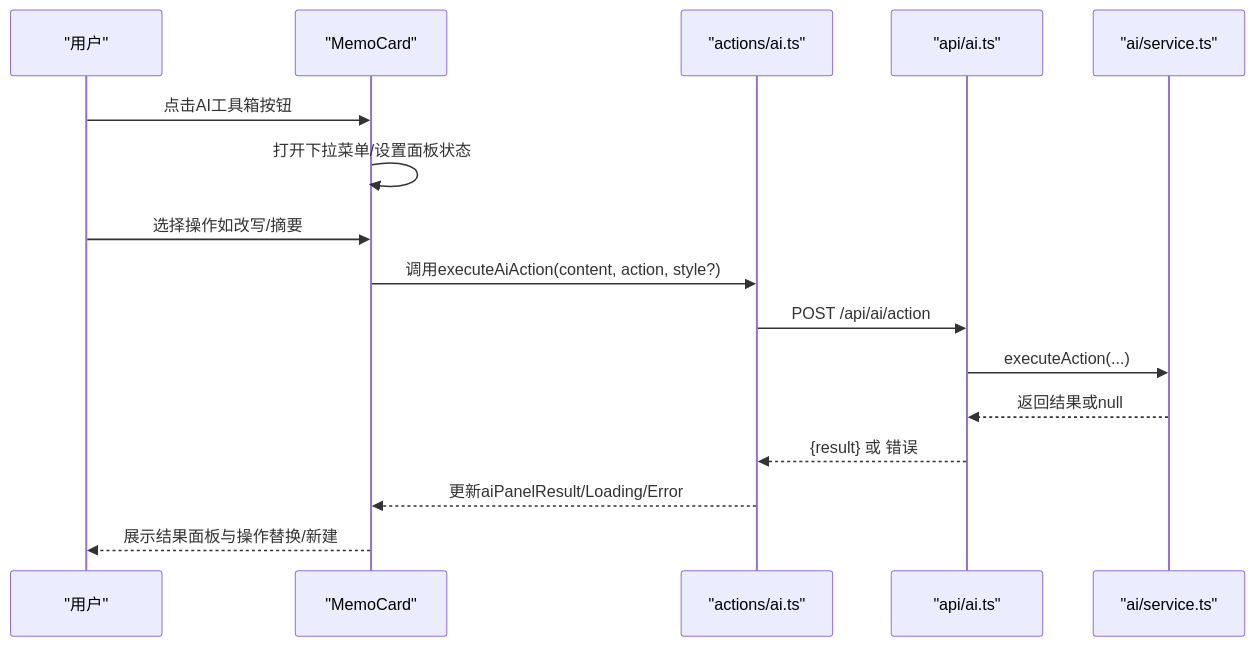
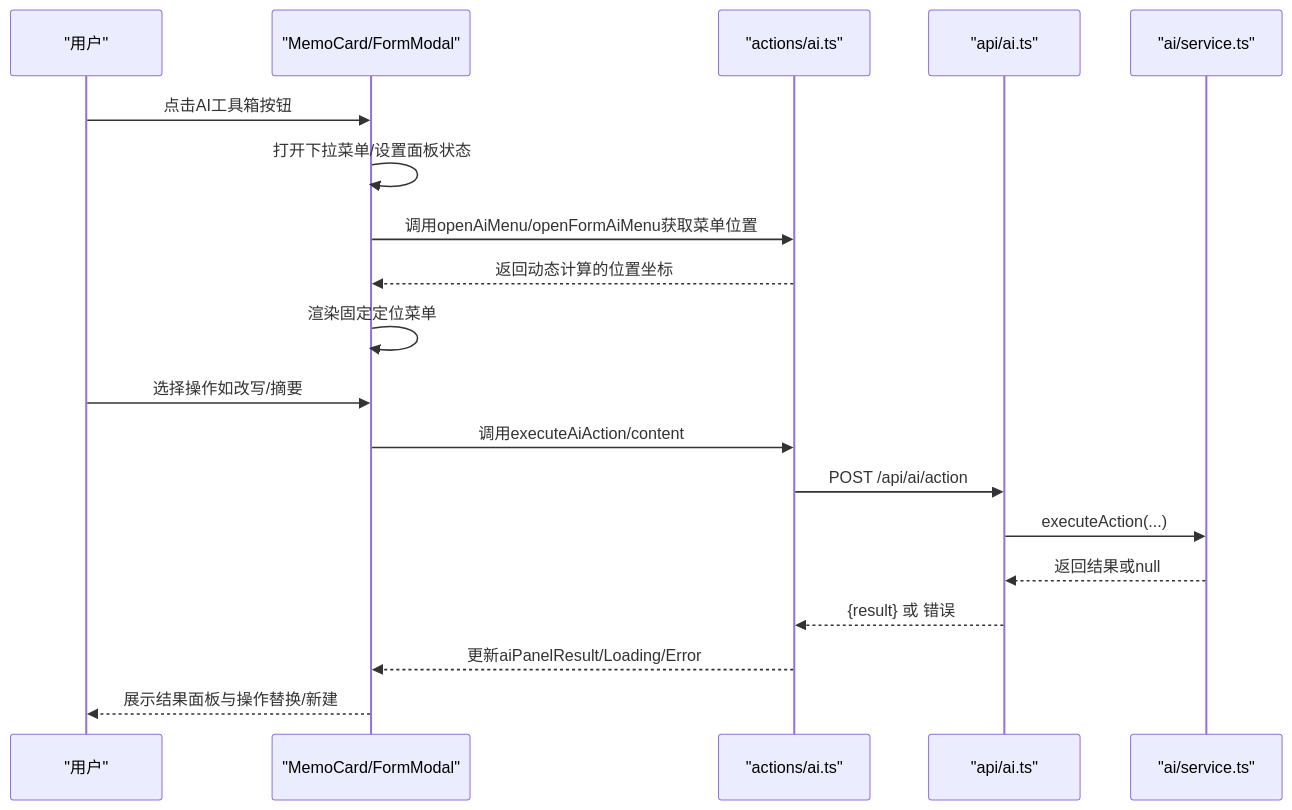
The second of 9 diagrams in .qoder/repowiki/zh/content/前端应用/Admin管理界面/AI工具箱集成.md (BlackBoxRecorder/memos), drawn with Mermaid before and after one commit. The commit also changed other lines of this file and 30 other files, not shown here.

````diff
--- a/.qoder/repowiki/zh/content/前端应用/Admin管理界面/AI工具箱集成.md
+++ b/.qoder/repowiki/zh/content/前端应用/Admin管理界面/AI工具箱集成.md
@@ -94,18 +107,21 @@
 ```mermaid
 sequenceDiagram
 participant U as "用户"
-participant MC as "MemoCard"
+participant MC as "MemoCard/FormModal"
 participant ACT as "actions/ai.ts"
 participant API as "api/ai.ts"
 participant SVC as "ai/service.ts"
 U->>MC : 点击AI工具箱按钮
 MC->>MC : 打开下拉菜单/设置面板状态
+MC->>ACT : 调用openAiMenu/openFormAiMenu获取菜单位置
+ACT-->>MC : 返回动态计算的位置坐标
+MC->>MC : 渲染固定定位菜单
 U->>MC : 选择操作如改写/摘要
-MC->>ACT : 调用executeAiAction(content, action, style?)
+MC->>ACT : 调用executeAiAction/content
 ACT->>API : POST /api/ai/action
 API->>SVC : executeAction(...)
 SVC-->>API : 返回结果或null
 API-->>ACT : {result} 或 错误
 ACT-->>MC : 更新aiPanelResult/Loading/Error
 MC-->>U : 展示结果面板与操作替换/新建
 ```
````
